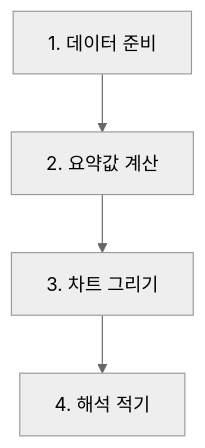
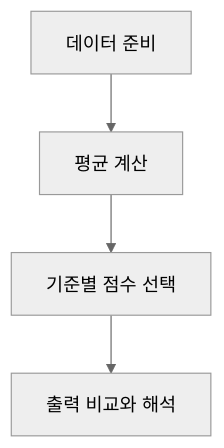
Before and after one commit to devchan64/AiBook: the diagram in docs/assets/part-02/chapter-10/notebook-experiment-flow-ko.mmd, drawn with Mermaid (neutral theme). The commit also changed 28 other files, not shown here.

Commit message:
docs: reinforce P2-10 notebooks and require Mermaid for suitable diagrams

```diff
--- a/docs/assets/part-02/chapter-10/notebook-experiment-flow-ko.mmd
+++ b/docs/assets/part-02/chapter-10/notebook-experiment-flow-ko.mmd
@@ -1,7 +1,6 @@
 flowchart TB
-  A["1. 데이터 준비"]
-  B["2. 요약값 계산"]
-  C["3. 차트 그리기"]
-  D["4. 해석 적기"]
-
+  A["데이터 준비"]
+  B["평균 계산"]
+  C["기준별 점수 선택"]
+  D["출력 비교와 해석"]
   A --> B --> C --> D
```
